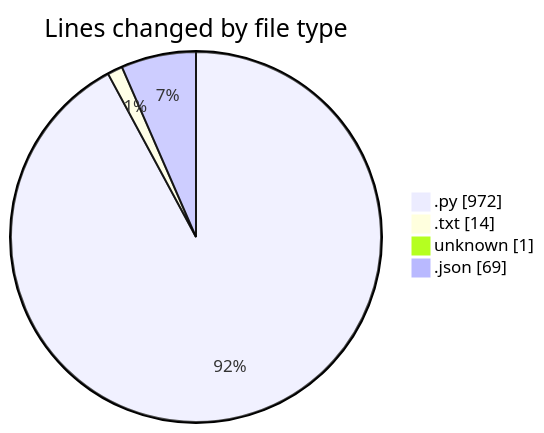
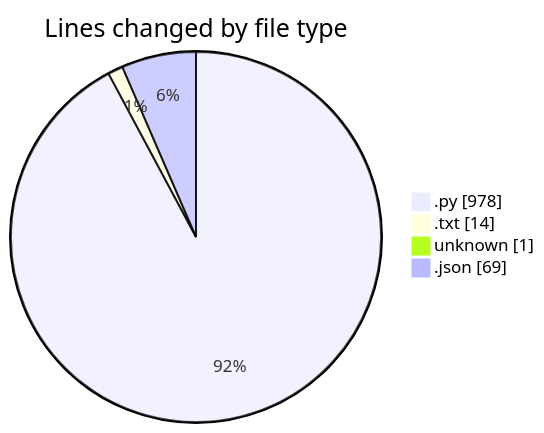
Before and after one commit to Unknowalive/code-tracking: the first of 2 diagrams in 2026-07-03/researchlens/README.md, drawn with Mermaid. The commit also changed other lines of this file and 1 other file, not shown here.

````diff
--- a/2026-07-03/researchlens/README.md
+++ b/2026-07-03/researchlens/README.md
@@ -32,8 +32,8 @@
 ```mermaid
 pie showData
 title Lines changed by file type
-".py" : 972
+".py" : 978
 ".txt" : 14
 "unknown" : 1
 ".json" : 69
 ```
````
